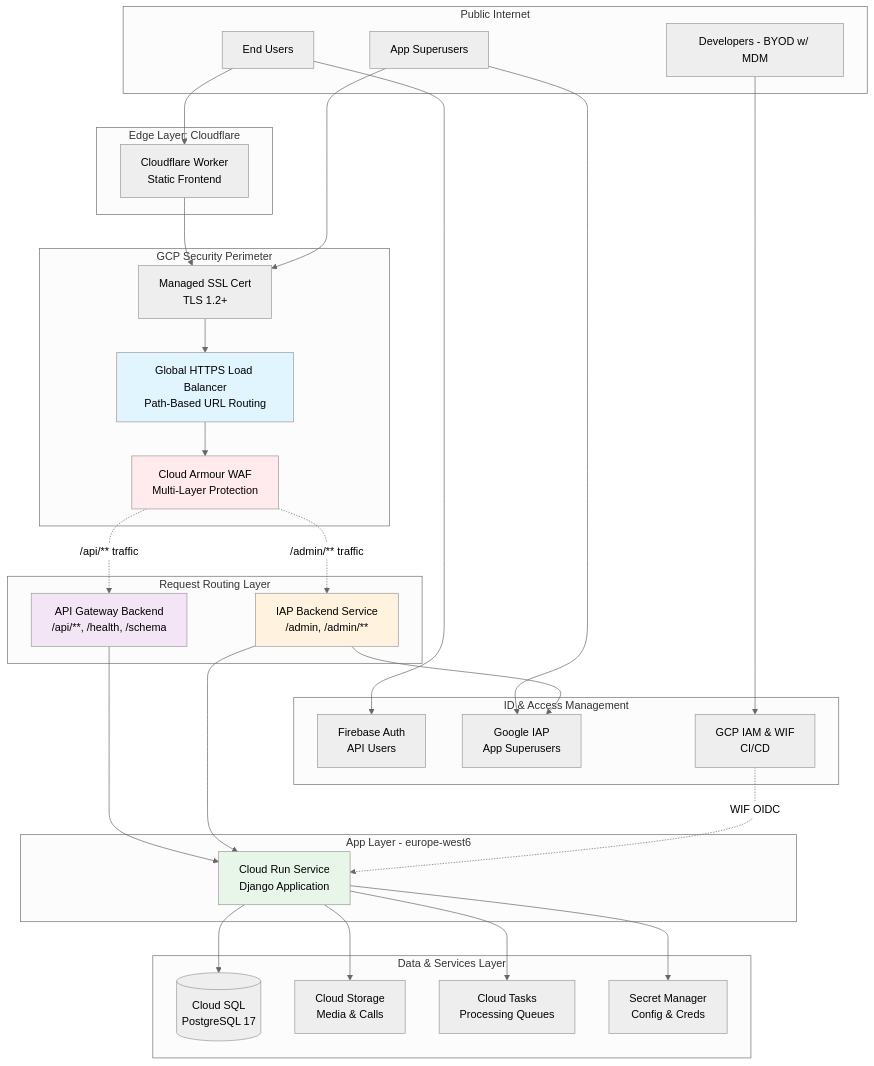
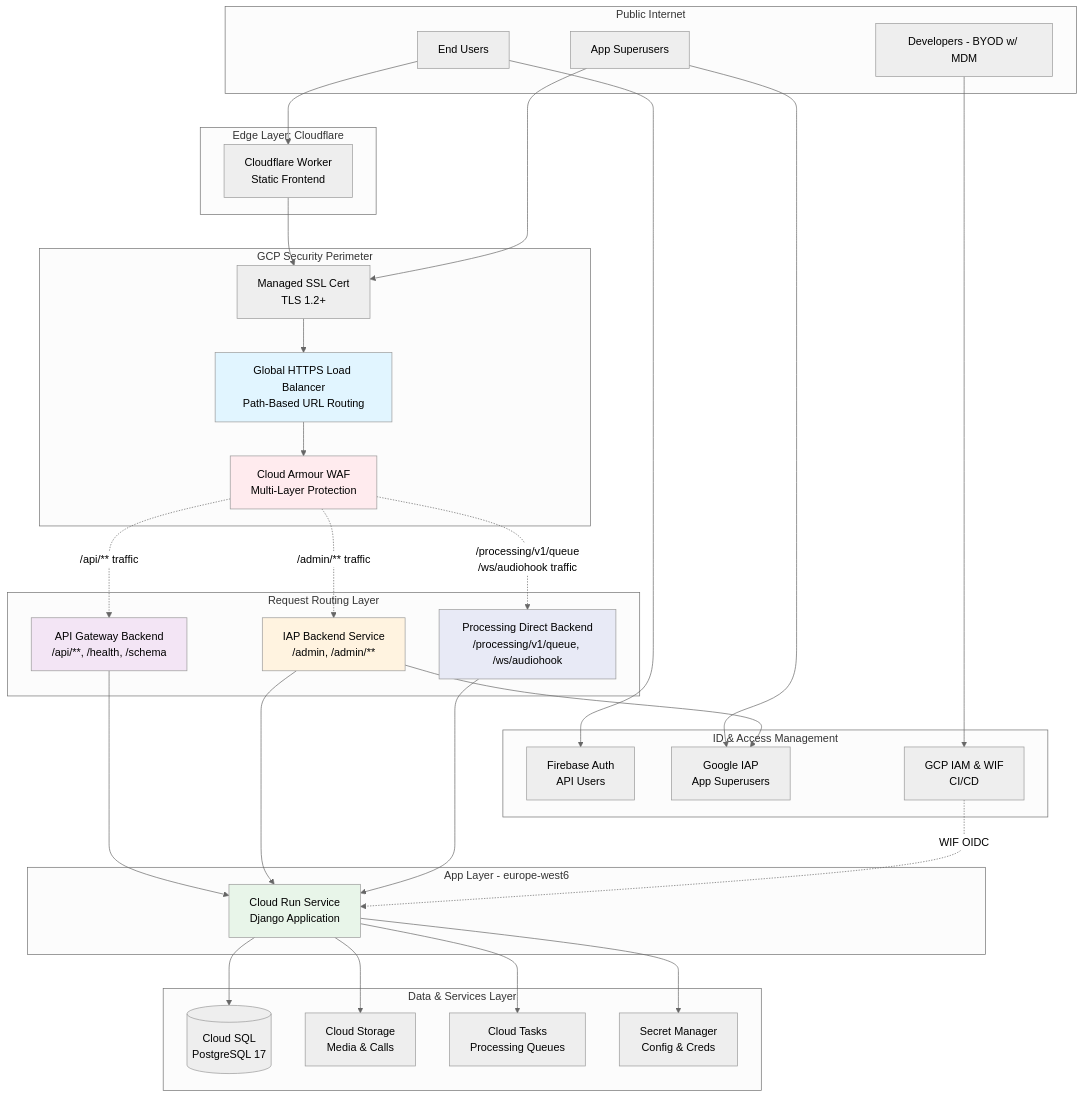
One commit to TellMeCH/tellme-app changed the diagram in terraform/stacks/api_revision/README.md. Above: the diagram before and after it, drawn with Mermaid (neutral theme). The commit also changed other lines of this file and 3 other files, not shown here.

````diff
--- a/terraform/stacks/api_revision/README.md
+++ b/terraform/stacks/api_revision/README.md
@@ -11,75 +11,82 @@
 ```mermaid
 graph TB
     subgraph User_Zone [Public Internet]
         EndUser[End Users]
         AdminUser[App Superusers]
         Devs[Developers - BYOD w/ MDM]
     end
 
     subgraph Edge_Zone [Edge Layer: Cloudflare]
         CFW[Cloudflare Worker<br/>Static Frontend]
     end
 
     subgraph Identity_Layer [ID & Access Management]
         Firebase[Firebase Auth<br/>API Users]
         GoogleIAP[Google IAP<br/>App Superusers]
         IAM[GCP IAM & WIF<br/>CI/CD]
     end
 
     subgraph GCP_Boundary [GCP Security Perimeter]
         SSL[Managed SSL Cert<br/>TLS 1.2+]
         LB[Global HTTPS Load Balancer<br/>Path-Based URL Routing]
         CA[Cloud Armour WAF<br/>Multi-Layer Protection]
     end
 
     subgraph Routing_Layer [Request Routing Layer]
         AGW[API Gateway Backend<br/>/api/**, /health, /schema]
         IAPBackend[IAP Backend Service<br/>/admin, /admin/**]
+        ProcBackend[Processing Direct Backend<br/>/processing/v1/queue, /ws/audiohook]
     end
 
     subgraph GCP_Compute [App Layer - europe-west6]
         CloudRun[Cloud Run Service<br/>Django Application]
     end
 
     subgraph GCP_Data [Data & Services Layer]
         SQL[(Cloud SQL<br/>PostgreSQL 17)]
         GCS[Cloud Storage<br/>Media & Calls]
         Tasks[Cloud Tasks<br/>Processing Queues]
         Secrets[Secret Manager<br/>Config & Creds]
     end
 
     %% User flows
     EndUser --> Firebase
     EndUser --> CFW
     AdminUser --> GoogleIAP
     Devs --> IAM
 
     %% API path
     CFW --> SSL
     SSL --> LB
     LB --> CA
     CA -."/api/** traffic".-> AGW
     AGW --> CloudRun
 
     %% Admin path
     AdminUser --> SSL
     CA -."/admin/** traffic".-> IAPBackend
     IAPBackend --> GoogleIAP
     IAPBackend --> CloudRun
 
+    %% Processing direct path (bypasses API Gateway)
+    CA -."/processing/v1/queue
+    /ws/audiohook traffic".-> ProcBackend
+    ProcBackend --> CloudRun
+
     %% CI/CD path
     IAM -.WIF OIDC.-> CloudRun
 
     %% Data access
     CloudRun --> SQL
     CloudRun --> GCS
     CloudRun --> Tasks
     CloudRun --> Secrets
 
     %% Styling
     style CA fill:#ffebee
     style AGW fill:#f3e5f5
     style IAPBackend fill:#fff3e0
+    style ProcBackend fill:#e8eaf6
     style LB fill:#e1f5ff
     style CloudRun fill:#e8f5e9
 ```
````
